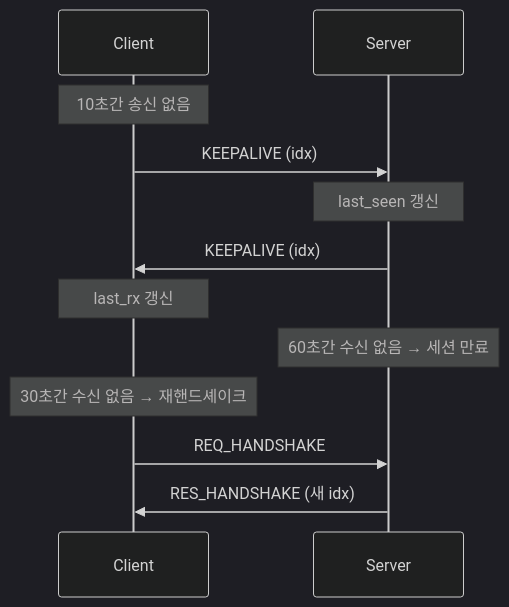
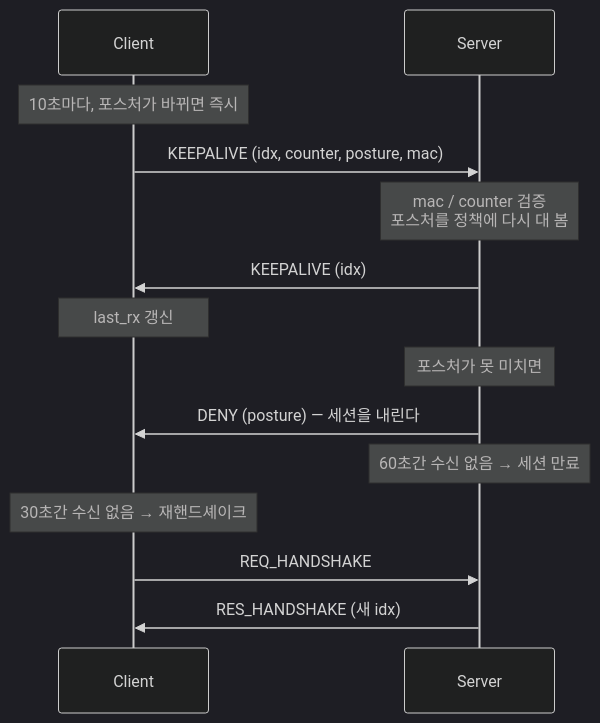
The second of 2 diagrams in README.md (k1msatgat/my_vpn), drawn with Mermaid (dark theme) before and after one commit. The commit also changed other lines of this file and 2 other files, not shown here.

````diff
--- a/README.md
+++ b/README.md
@@ -95,14 +125,16 @@
 ```mermaid
 sequenceDiagram
     participant C as Client
     participant S as Server
-    Note over C: 10초간 송신 없음
-    C->>S: KEEPALIVE (idx)
-    Note over S: last_seen 갱신
+    Note over C: 10초마다, 포스처가 바뀌면 즉시
+    C->>S: KEEPALIVE (idx, counter, posture, mac)
+    Note over S: mac / counter 검증<br/>포스처를 정책에 다시 대 봄
     S->>C: KEEPALIVE (idx)
     Note over C: last_rx 갱신
+    Note over S: 포스처가 못 미치면
+    S->>C: DENY (posture) — 세션을 내린다
     Note over S: 60초간 수신 없음 → 세션 만료
     Note over C: 30초간 수신 없음 → 재핸드셰이크
     C->>S: REQ_HANDSHAKE
     S->>C: RES_HANDSHAKE (새 idx)
 ```
````
